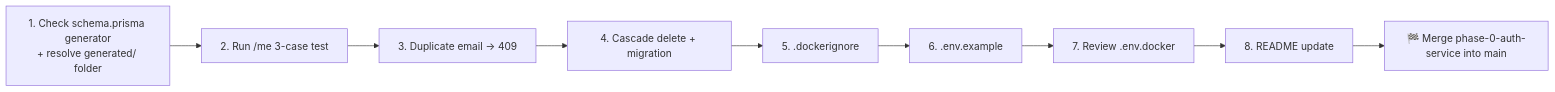
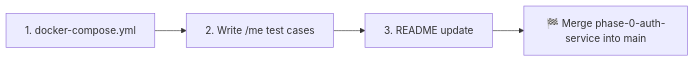
Before and after one commit to ritam-g/GOOGLE_MEET: the second of 2 diagrams in services/auth-service/md/update/pending/PENDING.MD, drawn with Mermaid. The commit also changed other lines of this file, not shown here.

````diff
--- a/services/auth-service/md/update/pending/PENDING.MD
+++ b/services/auth-service/md/update/pending/PENDING.MD
@@ -108,11 +77,6 @@
 ```mermaid
 flowchart LR
-    A[1. Check schema.prisma generator<br/>+ resolve generated/ folder] --> B[2. Run /me 3-case test]
-    B --> C[3. Duplicate email → 409]
-    C --> D[4. Cascade delete + migration]
-    D --> E[5. .dockerignore]
-    E --> F[6. .env.example]
-    F --> G[7. Review .env.docker]
-    G --> H[8. README update]
-    H --> I[🏁 Merge phase-0-auth-service into main]
+    A[1. docker-compose.yml] --> B[2. Write /me test cases]
+    B --> C[3. README update]
+    C --> D[🏁 Merge phase-0-auth-service into main]
 ```
````
